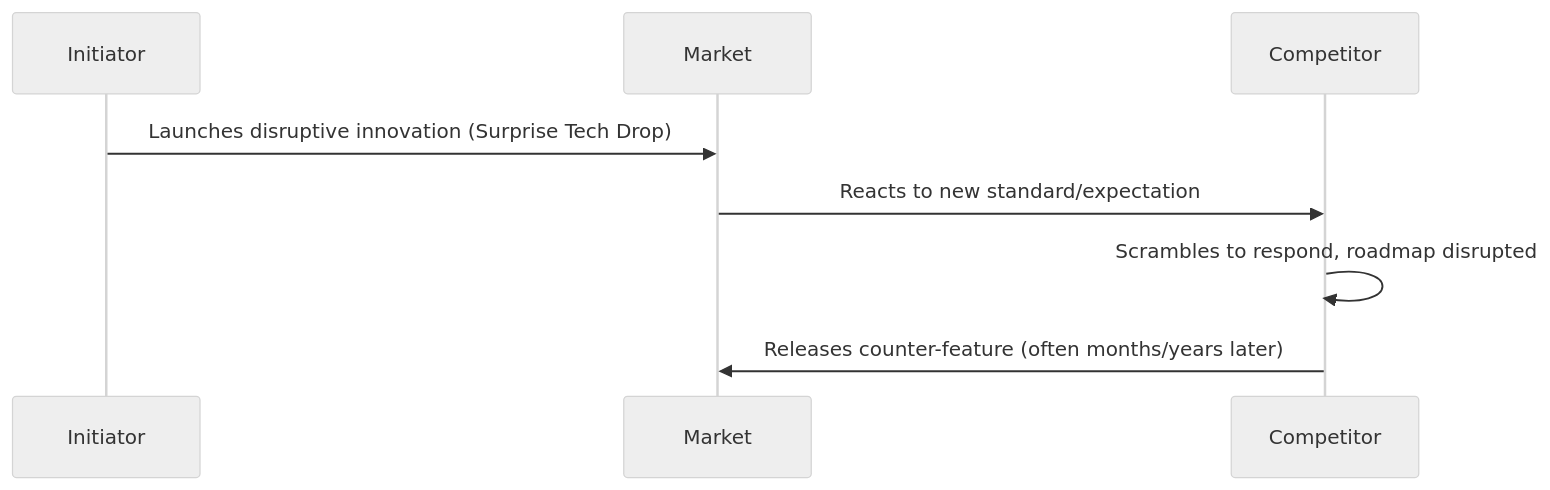
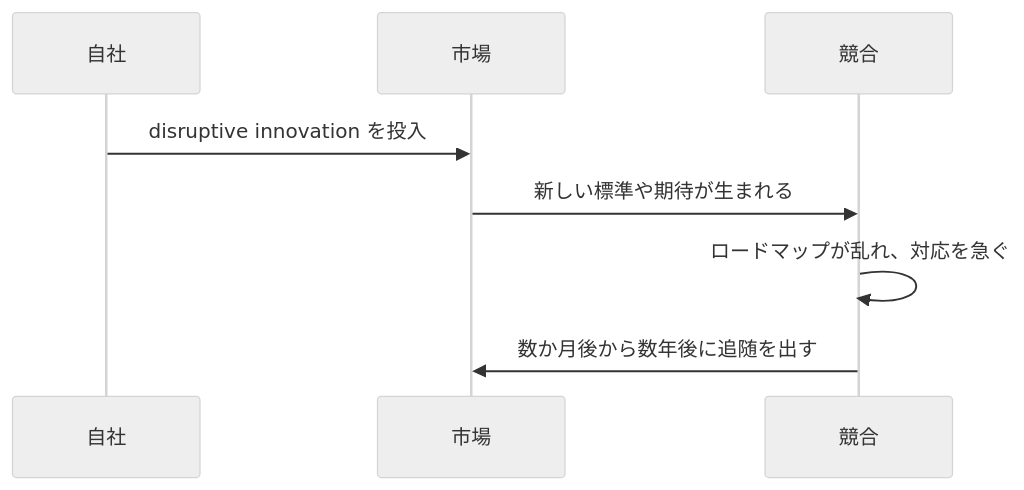
One commit to wardley-leadership-strategies-ja/wardley-leadership-strategies-ja.github.io changed the diagram in docs/strategies/competitor/tech-drops/index.md. Above: the diagram before and after it, drawn with Mermaid (neutral theme). The commit also changed other lines of this file and 4 other files, not shown here.

````diff
--- a/docs/strategies/competitor/tech-drops/index.md
+++ b/docs/strategies/competitor/tech-drops/index.md
@@ -111,11 +116,11 @@
 ```mermaid
 sequenceDiagram
-    participant Initiator
-    participant Market
-    participant Competitor
+    participant Initiator as 自社
+    participant Market as 市場
+    participant Competitor as 競合
 
-    Initiator->>Market: Launches disruptive innovation (Surprise Tech Drop)
-    Market->>Competitor: Reacts to new standard/expectation
-    Competitor->>Competitor: Scrambles to respond, roadmap disrupted
-    Competitor->>Market: Releases counter-feature (often months/years later)
+    Initiator->>Market: disruptive innovation を投入
+    Market->>Competitor: 新しい標準や期待が生まれる
+    Competitor->>Competitor: ロードマップが乱れ、対応を急ぐ
+    Competitor->>Market: 数か月後から数年後に追随を出す
 ```
````
